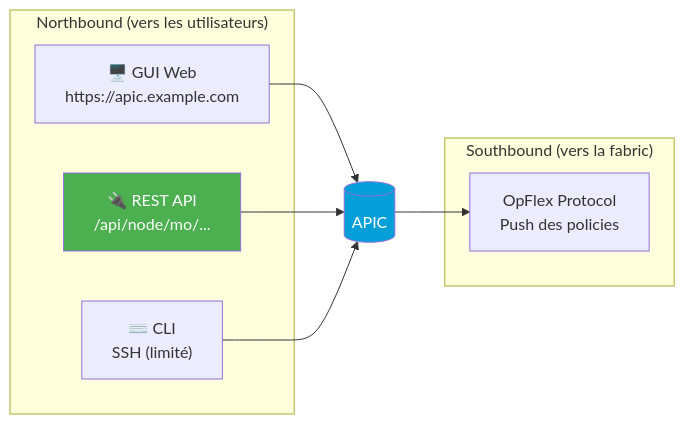
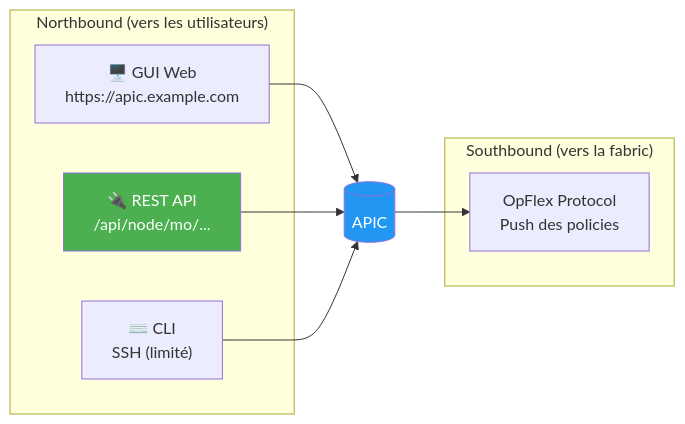
The eighth of 15 diagrams in docs/formations/terraform-aci/02-module.md (VBlackJack/ShellBook), drawn with Mermaid before and after one commit. The commit also changed other lines of this file and 337 other files, not shown here.

First line of the commit message:
refactor(docs): Standardize code blocks and Mermaid colors

````diff
--- a/docs/formations/terraform-aci/02-module.md
+++ b/docs/formations/terraform-aci/02-module.md
@@ -333,22 +333,22 @@
 ```mermaid
 graph LR
     subgraph "Northbound (vers les utilisateurs)"
         GUI["🖥️ GUI Web<br/>https://apic.example.com"]
         API["🔌 REST API<br/>/api/node/mo/..."]
         CLI["⌨️ CLI<br/>SSH (limité)"]
     end
 
     APIC[("APIC")]
 
     subgraph "Southbound (vers la fabric)"
         OPFLEX["OpFlex Protocol<br/>Push des policies"]
     end
 
     GUI --> APIC
     API --> APIC
     CLI --> APIC
     APIC --> OPFLEX
 
-    style APIC fill:#049fd9,color:#fff
+    style APIC fill:#2196F3,color:#fff
     style API fill:#4caf50,color:#fff
 ```
````
